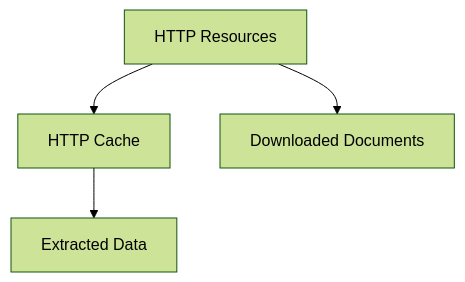
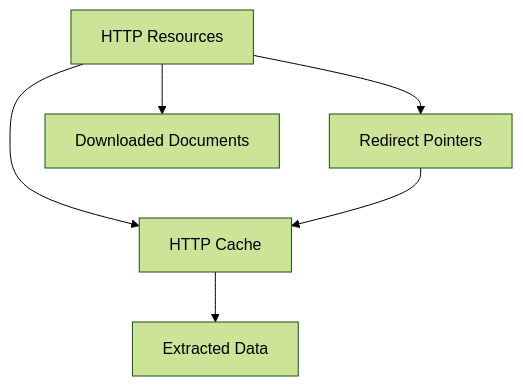
The diagram in docs/storage_strategy.md (fletort/ranking), drawn with Mermaid (forest theme) before and after one commit. The commit also changed other lines of this file and 1 other file, not shown here.

First line of the commit message:
doc: add HTTP redirection management (#126)

````diff
--- a/docs/storage_strategy.md
+++ b/docs/storage_strategy.md
@@ -46,17 +47,23 @@
 ```mermaid
 flowchart TD
 
     HTTP["HTTP Resources"]
 
     CACHE["HTTP Cache"]
 
+    REDIRECTS["Redirect Pointers"]
+
     EXTRACTED["Extracted Data"]
 
     DOCUMENTS["Downloaded Documents"]
 
     HTTP --> CACHE
 
+    HTTP --> REDIRECTS
+
+    REDIRECTS --> CACHE
+
     CACHE --> EXTRACTED
 
     HTTP --> DOCUMENTS
 ```
````
